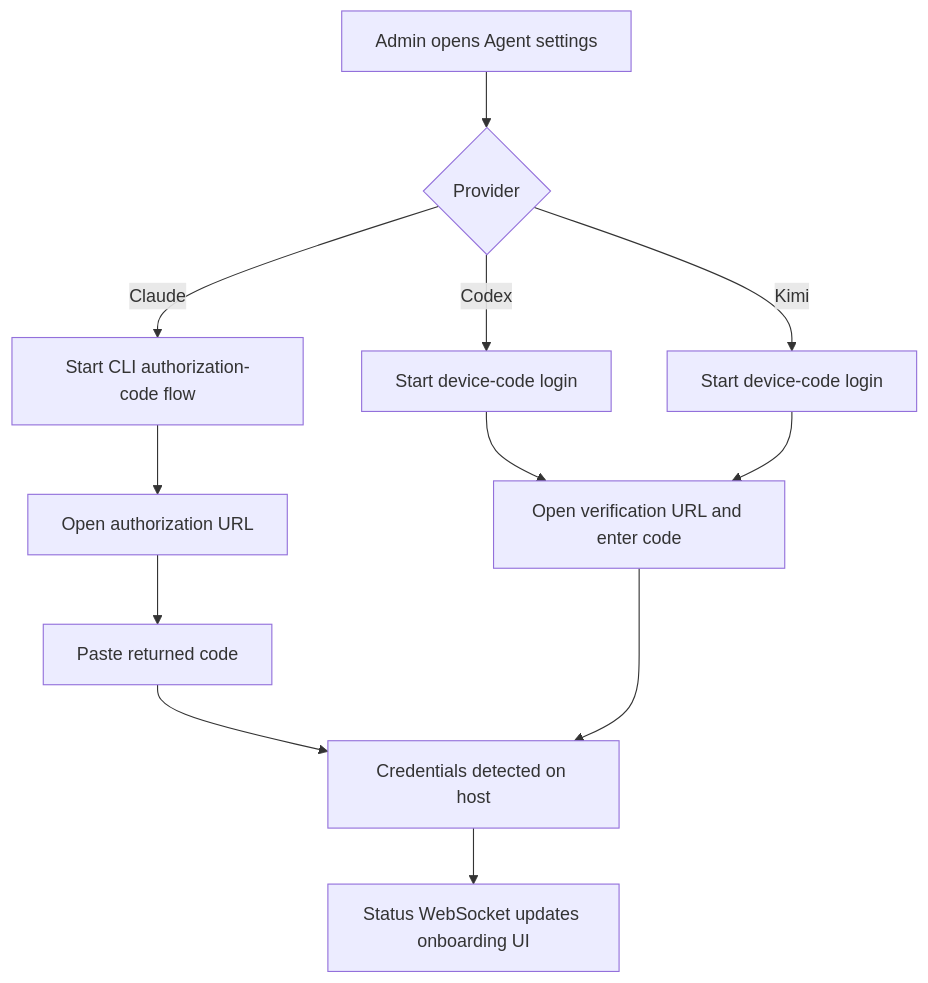
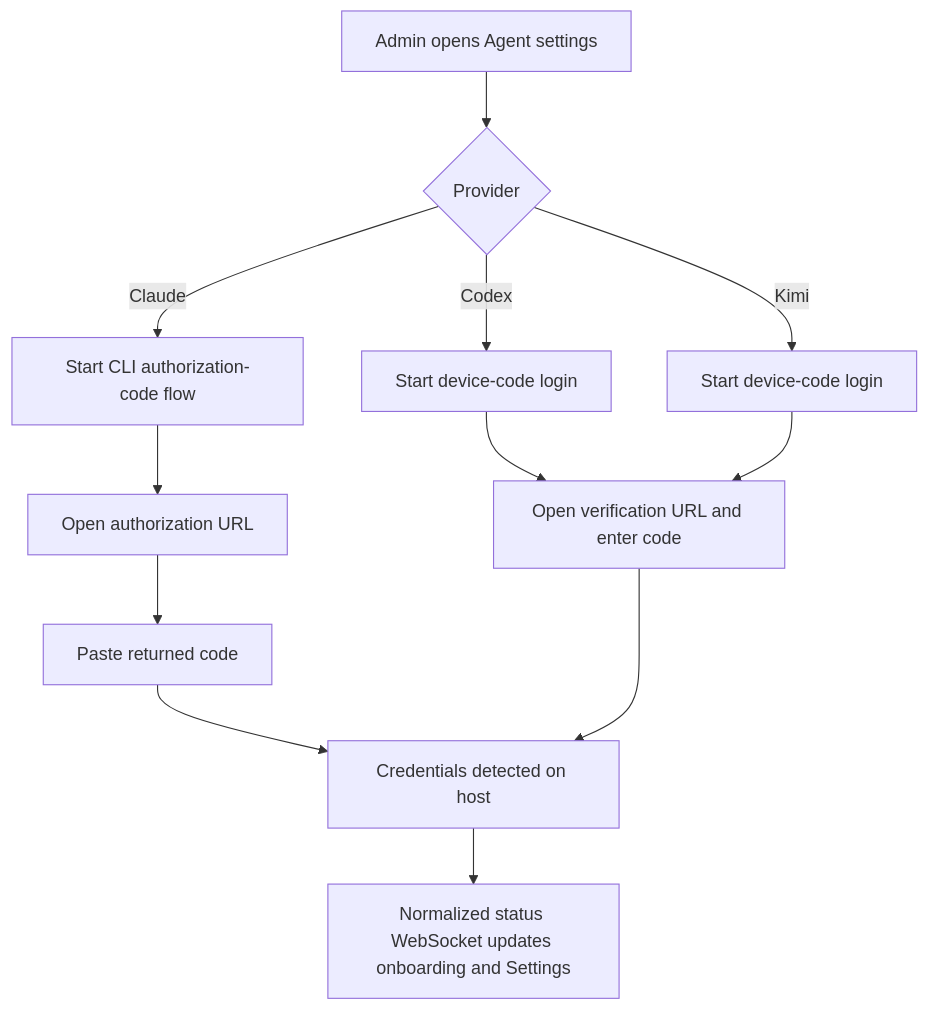
One commit to AbdallahMohamedDotnet/remote.futrx changed the fourth of 6 diagrams in docs/02-workspaces/02-auth-users-and-access.md. Above: the diagram before and after it, drawn with Mermaid. The commit also changed other lines of this file and 27 other files, not shown here.

````diff
--- a/docs/02-workspaces/02-auth-users-and-access.md
+++ b/docs/02-workspaces/02-auth-users-and-access.md
@@ -86,15 +101,15 @@
 ```mermaid
 flowchart TD
     Start["Admin opens Agent settings"] --> Provider{"Provider"}
     Provider -->|"Claude"| ClaudeStart["Start CLI authorization-code flow"]
     ClaudeStart --> ClaudeURL["Open authorization URL"]
     ClaudeURL --> ClaudeCode["Paste returned code"]
     ClaudeCode --> Saved["Credentials detected on host"]
 
     Provider -->|"Codex"| CodexDevice["Start device-code login"]
     Provider -->|"Kimi"| KimiDevice["Start device-code login"]
     CodexDevice --> Verify["Open verification URL and enter code"]
     KimiDevice --> Verify
     Verify --> Saved
-    Saved --> Broadcast["Status WebSocket updates onboarding UI"]
+    Saved --> Broadcast["Normalized status WebSocket updates onboarding and Settings"]
 ```
````
